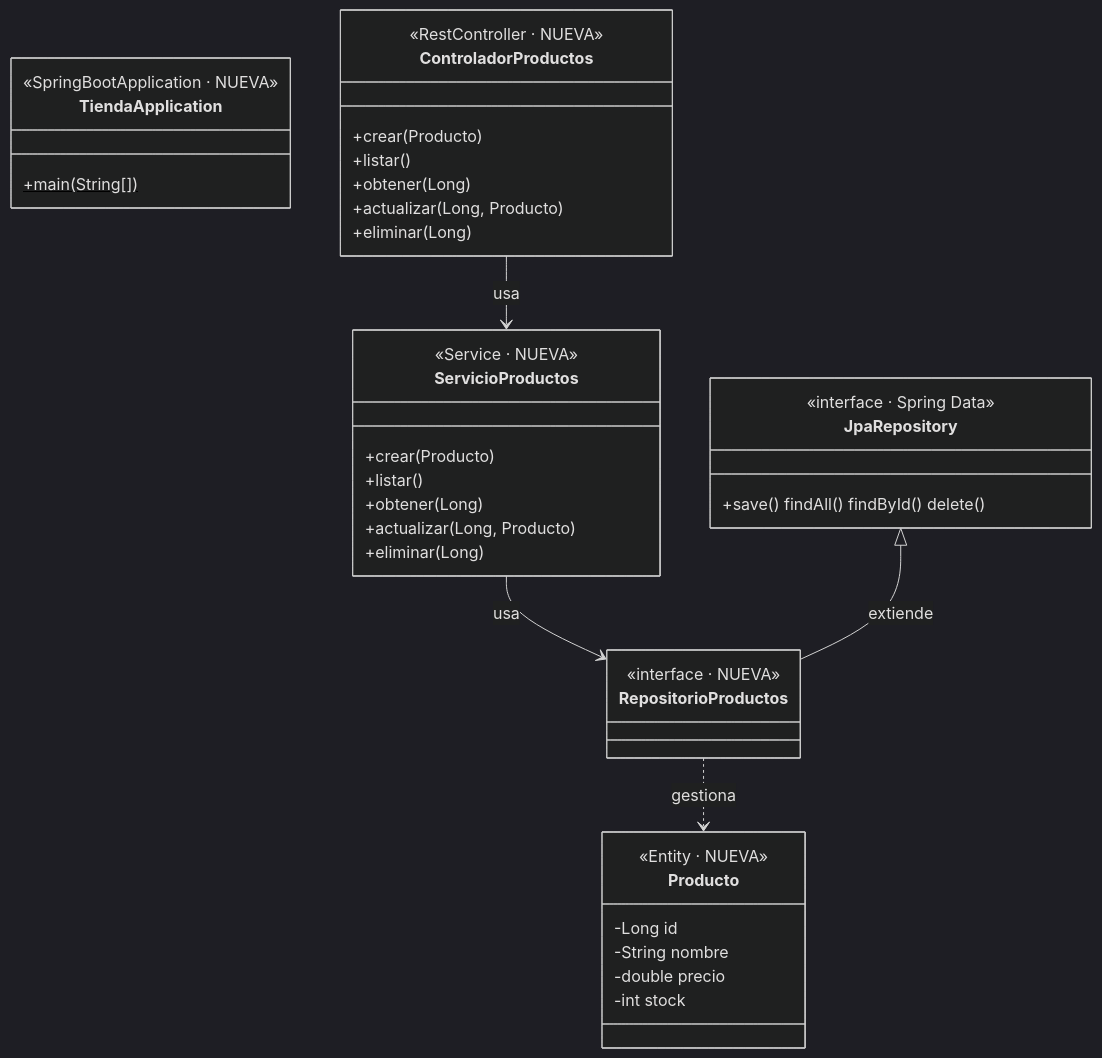
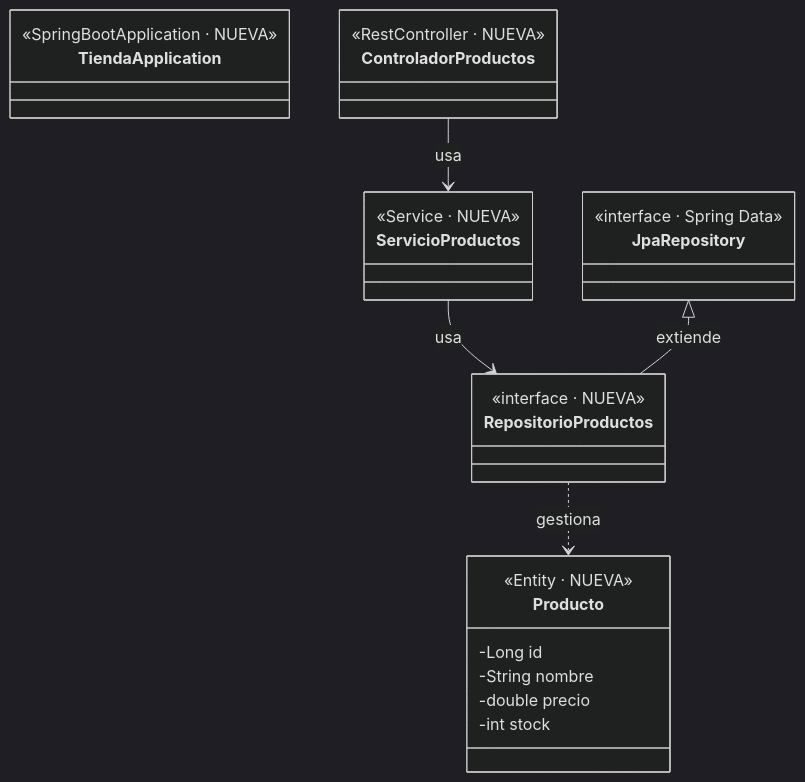
Before and after one commit to crodrigr/skill-spring-boot: the diagram in generador-cursos/curso-spring-boot/guias/modulo-03-04/02-guia-tienda-1-crud-productos.md, drawn with Mermaid (dark theme). The commit also changed 2 other files, not shown here.

````diff
--- a/generador-cursos/curso-spring-boot/guias/modulo-03-04/02-guia-tienda-1-crud-productos.md
+++ b/generador-cursos/curso-spring-boot/guias/modulo-03-04/02-guia-tienda-1-crud-productos.md
@@ -20,43 +20,31 @@
 ```mermaid
 classDiagram
     direction TB
     class TiendaApplication {
         <<SpringBootApplication · NUEVA>>
-        +main(String[])$
     }
     class ControladorProductos {
         <<RestController · NUEVA>>
-        +crear(Producto)
-        +listar()
-        +obtener(Long)
-        +actualizar(Long, Producto)
-        +eliminar(Long)
     }
     class ServicioProductos {
         <<Service · NUEVA>>
-        +crear(Producto)
-        +listar()
-        +obtener(Long)
-        +actualizar(Long, Producto)
-        +eliminar(Long)
     }
     class RepositorioProductos {
         <<interface · NUEVA>>
     }
     class JpaRepository {
         <<interface · Spring Data>>
-        +save() findAll() findById() delete()
     }
     class Producto {
         <<Entity · NUEVA>>
         -Long id
         -String nombre
         -double precio
         -int stock
     }
 
     ControladorProductos --> ServicioProductos : usa
     ServicioProductos --> RepositorioProductos : usa
     JpaRepository <|-- RepositorioProductos : extiende
     RepositorioProductos ..> Producto : gestiona
 ```
````
